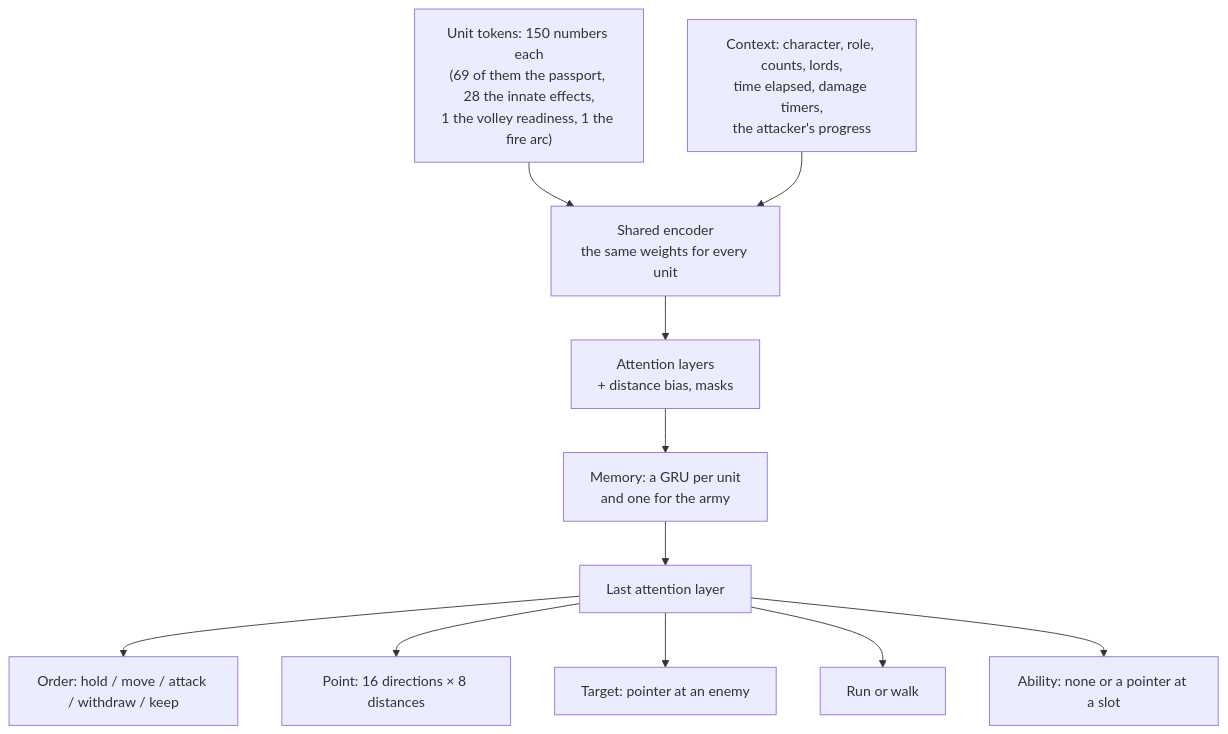
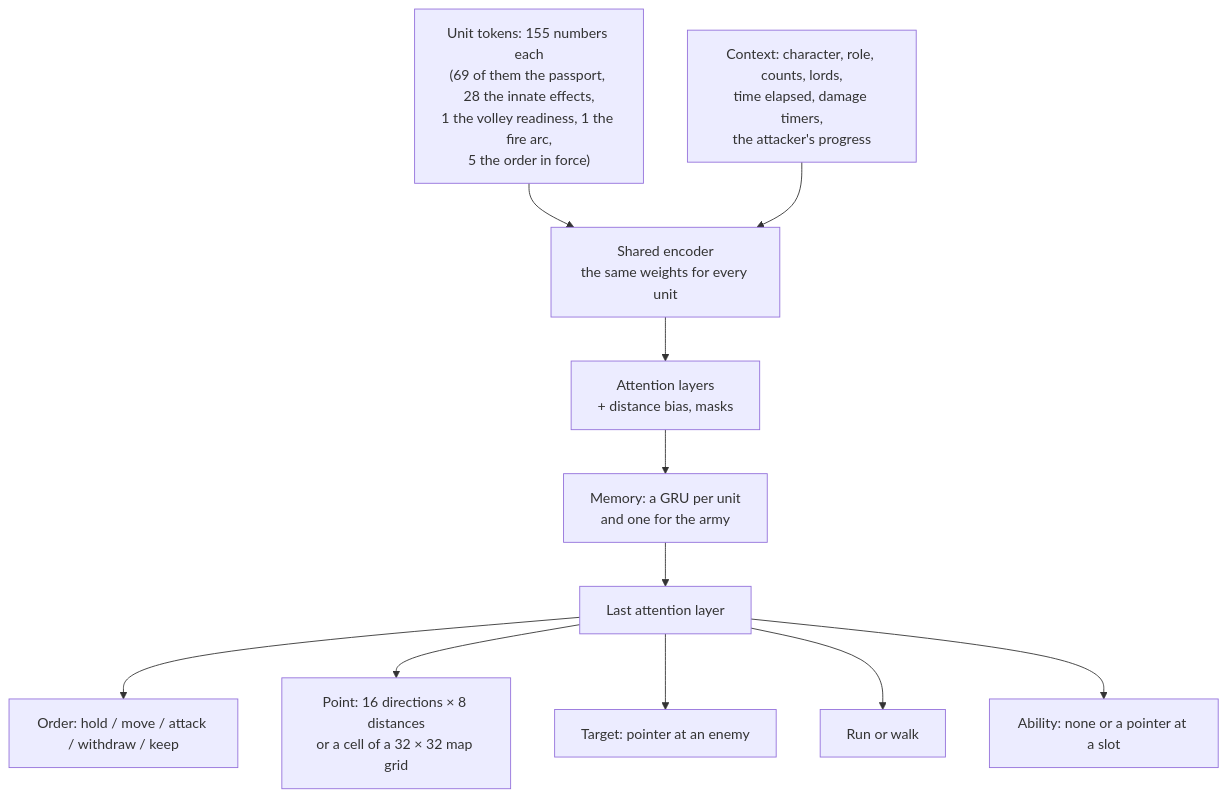
One commit to DimaZero7/TWW3-batle-ai changed the second of 2 diagrams in docs/en/training/model.md. Above: the diagram before and after it, drawn with Mermaid. The commit also changed other lines of this file and 17 other files, not shown here.

````diff
--- a/docs/en/training/model.md
+++ b/docs/en/training/model.md
@@ -223,13 +237,13 @@
 ```mermaid
 flowchart TB
-  tok["Unit tokens: 150 numbers each<br/>(69 of them the passport, 28 the innate effects,<br/>1 the volley readiness, 1 the fire arc)"] --> enc["Shared encoder<br/>the same weights for every unit"]
+  tok["Unit tokens: 155 numbers each<br/>(69 of them the passport, 28 the innate effects,<br/>1 the volley readiness, 1 the fire arc,<br/>5 the order in force)"] --> enc["Shared encoder<br/>the same weights for every unit"]
   ctx["Context: character, role, counts, lords,<br/>time elapsed, damage timers,<br/>the attacker's progress"] --> enc
   enc --> att["Attention layers<br/>+ distance bias, masks"]
   att --> gru["Memory: a GRU per unit<br/>and one for the army"]
   gru --> last["Last attention layer"]
   last --> kind["Order: hold / move / attack / withdraw / keep"]
-  last --> point["Point: 16 directions × 8 distances"]
+  last --> point["Point: 16 directions × 8 distances<br/>or a cell of a 32 × 32 map grid"]
   last --> ptr["Target: pointer at an enemy"]
   last --> run["Run or walk"]
   last --> abil["Ability: none or a pointer at a slot"]
 ```
````
